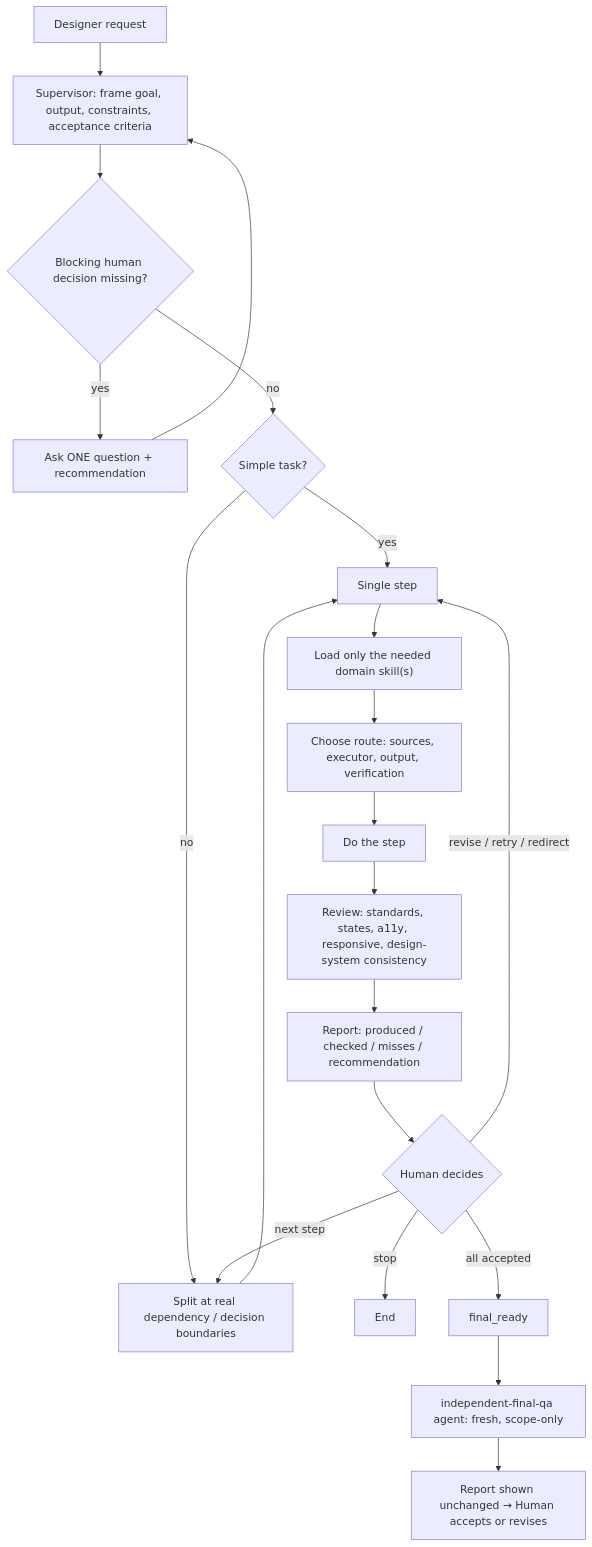
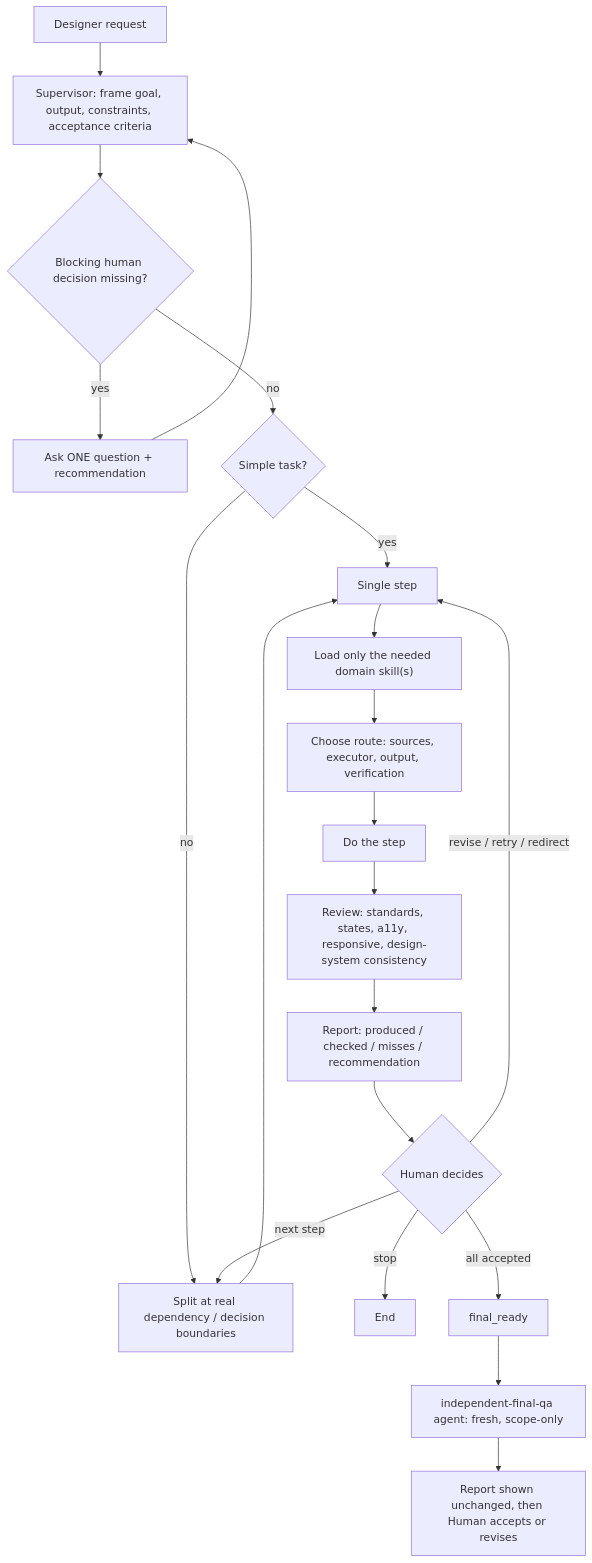
Before and after one commit to Della-Mahmoudi/product-design-workflow: the diagram in README.md, drawn with Mermaid. The commit also changed other lines of this file, not shown here.

````diff
--- a/README.md
+++ b/README.md
@@ -48,23 +87,23 @@
 ```mermaid
 flowchart TD
     A["Designer request"] --> B["Supervisor: frame goal, output, constraints, acceptance criteria"]
     B --> C{"Blocking human decision missing?"}
     C -- "yes" --> D["Ask ONE question + recommendation"]
     D --> B
     C -- "no" --> E{"Simple task?"}
     E -- "yes" --> F["Single step"]
     E -- "no" --> G["Split at real dependency / decision boundaries"]
     G --> F
     F --> H["Load only the needed domain skill(s)"]
     H --> I["Choose route: sources, executor, output, verification"]
     I --> J["Do the step"]
     J --> K["Review: standards, states, a11y, responsive, design-system consistency"]
     K --> L["Report: produced / checked / misses / recommendation"]
     L --> M{"Human decides"}
     M -- "revise / retry / redirect" --> F
     M -- "next step" --> G
     M -- "stop" --> Z["End"]
     M -- "all accepted" --> N["final_ready"]
     N --> O["independent-final-qa agent: fresh, scope-only"]
-    O --> P["Report shown unchanged → Human accepts or revises"]
+    O --> P["Report shown unchanged, then Human accepts or revises"]
 ```
````
